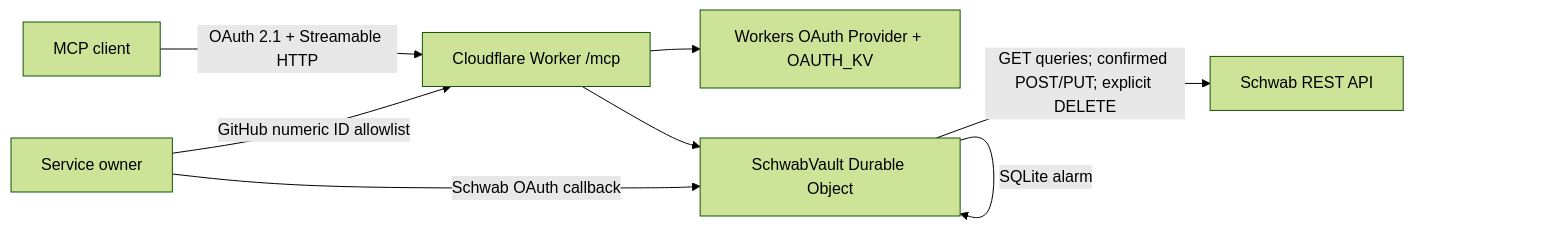
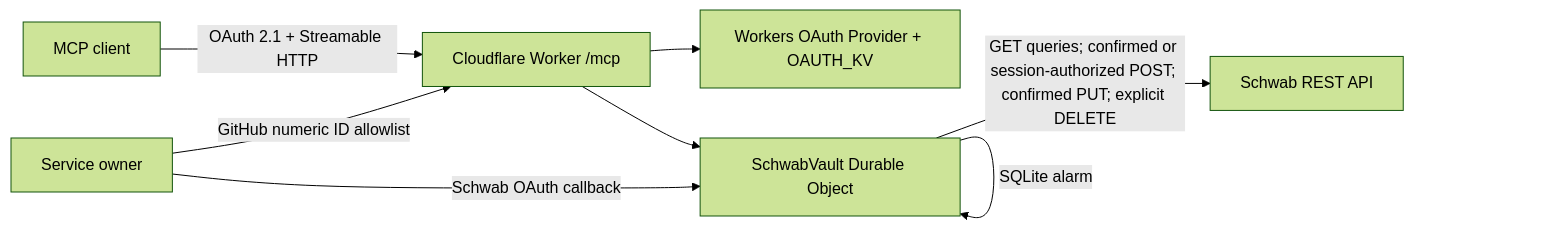
Before and after one commit to chensirui2008/schwab-mcp: the diagram in README.md, drawn with Mermaid (forest theme). The commit also changed other lines of this file and 10 other files, not shown here.

````diff
--- a/README.md
+++ b/README.md
@@ -79,10 +90,10 @@
 ```mermaid
 flowchart LR
   C[MCP client] -->|OAuth 2.1 + Streamable HTTP| W[Cloudflare Worker /mcp]
   W --> O[Workers OAuth Provider + OAUTH_KV]
   W --> V[SchwabVault Durable Object]
-  V -->|GET queries; confirmed POST/PUT; explicit DELETE| S[Schwab REST API]
+  V -->|GET queries; confirmed or session-authorized POST; confirmed PUT; explicit DELETE| S[Schwab REST API]
   V -->|SQLite alarm| V
   U[Service owner] -->|GitHub numeric ID allowlist| W
   U -->|Schwab OAuth callback| V
 ```
````
